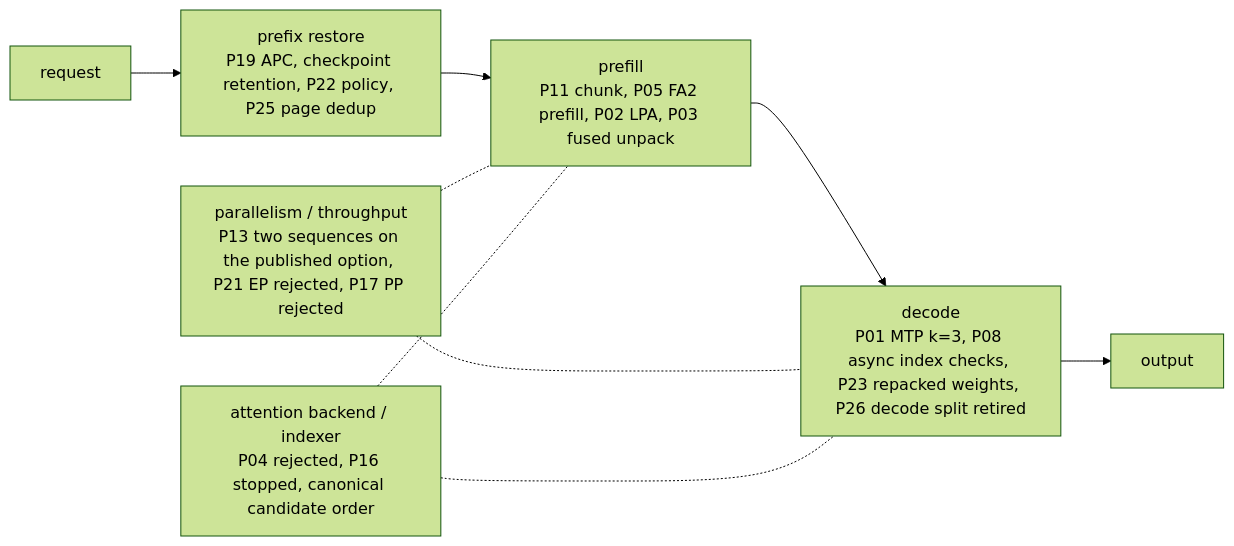
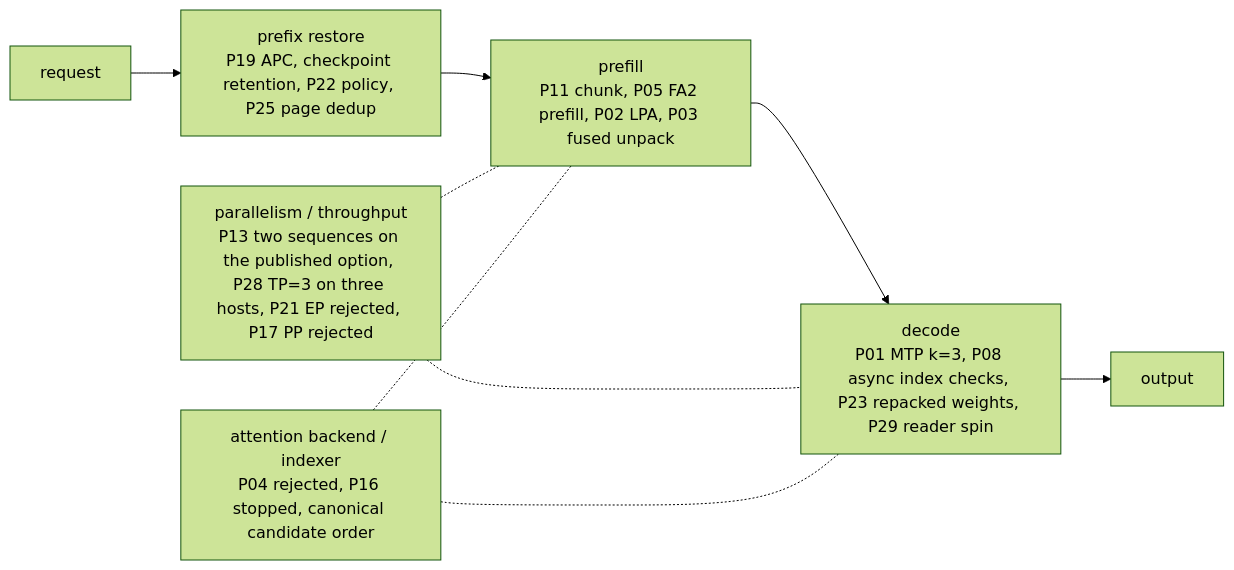
The diagram in docs/optimization-overview.md (Bizuayeu/GLM-5.3-Flash-NVFP4-2x-DGX-Sparks-BIZ), drawn with Mermaid (forest theme) before and after one commit. The commit also changed other lines of this file and 38 other files, not shown here.

````diff
--- a/docs/optimization-overview.md
+++ b/docs/optimization-overview.md
@@ -13,11 +13,11 @@
 ```mermaid
 flowchart LR
     R[request] --> A[prefix restore<br/>P19 APC, checkpoint retention, P22 policy, P25 page dedup]
     A --> P[prefill<br/>P11 chunk, P05 FA2 prefill, P02 LPA, P03 fused unpack]
-    P --> D[decode<br/>P01 MTP k=3, P08 async index checks, P23 repacked weights, P26 decode split retired]
+    P --> D[decode<br/>P01 MTP k=3, P08 async index checks, P23 repacked weights, P29 reader spin]
     D --> O[output]
-    S[parallelism / throughput<br/>P13 two sequences on the published option, P21 EP rejected, P17 PP rejected] -.- P
+    S[parallelism / throughput<br/>P13 two sequences on the published option, P28 TP=3 on three hosts, P21 EP rejected, P17 PP rejected] -.- P
     S -.- D
     B[attention backend / indexer<br/>P04 rejected, P16 stopped, canonical candidate order] -.- P
     B -.- D
 ```
````
